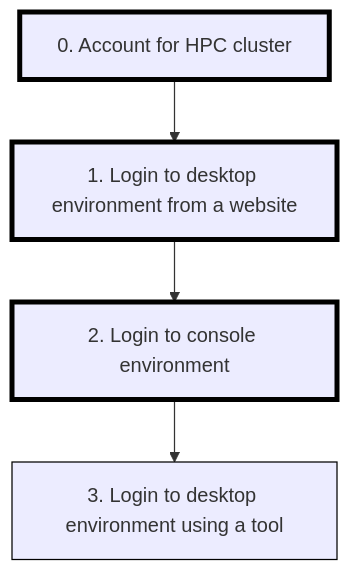
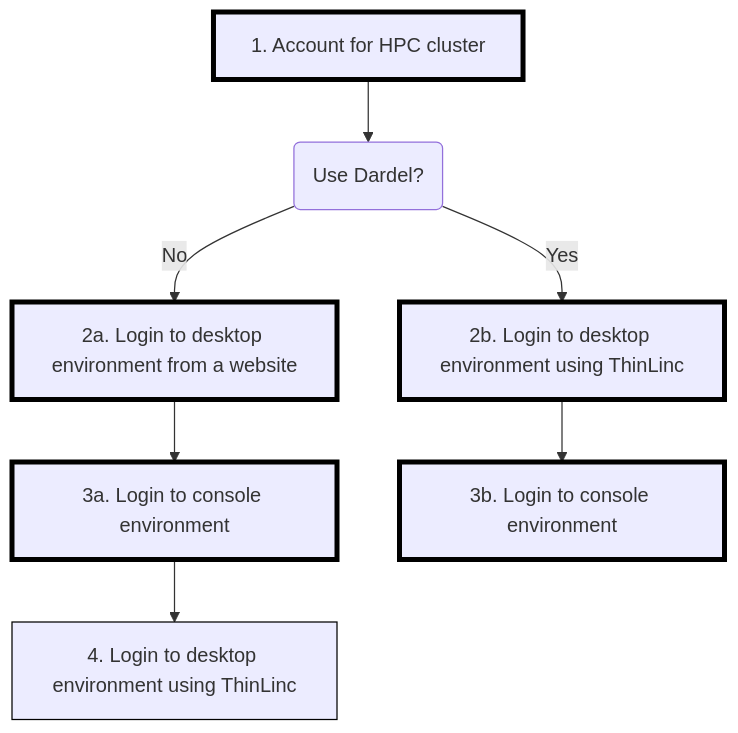
Before and after one commit to UPPMAX/naiss_file_transfer_course: the diagram in docs/sessions/intro_connect/README.md, drawn with Mermaid. The commit also changed other lines of this file and 1 other file, not shown here.

Commit message:
Dardel has no login via a web browser

````diff
--- a/docs/sessions/intro_connect/README.md
+++ b/docs/sessions/intro_connect/README.md
@@ -45,16 +45,24 @@
 ```mermaid
 flowchart TD
 
   classDef always stroke:#000,stroke-width:4px;
   classDef optional stroke:#000,stroke-width:1px;
 
-  account[0. Account for HPC cluster]:::always
-  login_desktop_website[1. Login to desktop environment from a website]:::always
-  login_console[2. Login to console environment]:::always
-  login_desktop_tool[3. Login to desktop environment using a tool]:::optional
+  use_dardel(Use Dardel?)
+  account[1. Account for HPC cluster]:::always
+  login_desktop_website_no[2a. Login to desktop environment from a website]:::always
+  login_console_no[3a. Login to console environment]:::always
+  login_desktop_tool_no[4. Login to desktop environment using ThinLinc]:::optional
+
+  login_console_yes[3b. Login to console environment]:::always
+  login_desktop_tool_yes[2b. Login to desktop environment using ThinLinc]:::always
 
 
-  account --> login_desktop_website
-  login_desktop_website --> login_console
-  login_console --> login_desktop_tool
+  account --> use_dardel
+  use_dardel--> |No| login_desktop_website_no
+  login_desktop_website_no --> login_console_no
+  login_console_no --> login_desktop_tool_no
+
+  use_dardel--> |Yes| login_desktop_tool_yes
+  login_desktop_tool_yes --> login_console_yes
 ```
````
